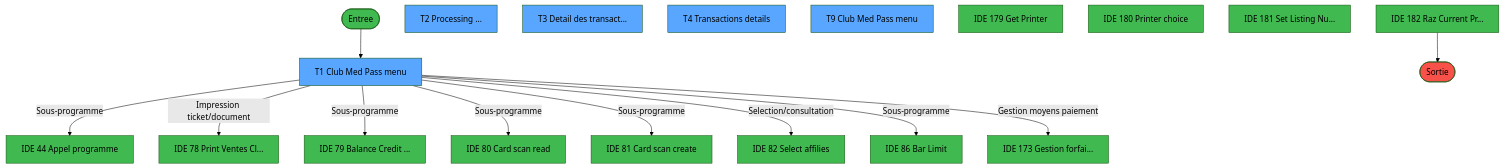
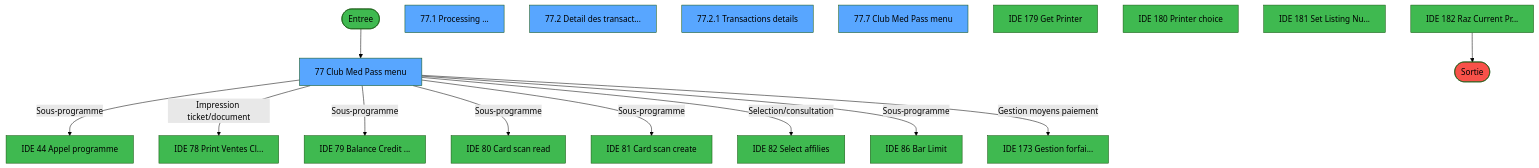
Before and after one commit to thonyAGP/lecteur-magic: the first of 4 diagrams in .openspec/specs/ADH-IDE-77.md, drawn with Mermaid (forest theme). The commit also changed other lines of this file and 493 other files, not shown here.

````diff
--- a/.openspec/specs/ADH-IDE-77.md
+++ b/.openspec/specs/ADH-IDE-77.md
@@ -1470,51 +1669,51 @@
 ```mermaid
 flowchart TD
     START([Entree])
     style START fill:#3fb950
-    VF1[T1 Club Med Pass menu]
+    VF1[77 Club Med Pass menu]
     style VF1 fill:#58a6ff
-    VF2[T2 Processing ...]
+    VF2[77.1 Processing ...]
     style VF2 fill:#58a6ff
-    VF3[T3 Detail des transact...]
+    VF3[77.2 Detail des transact...]
     style VF3 fill:#58a6ff
-    VF4[T4 Transactions details]
+    VF4[77.2.1 Transactions details]
     style VF4 fill:#58a6ff
-    VF9[T9 Club Med Pass menu]
+    VF9[77.7 Club Med Pass menu]
     style VF9 fill:#58a6ff
     EXT44[IDE 44 Appel programme]
     style EXT44 fill:#3fb950
     EXT78[IDE 78 Print Ventes Cl...]
     style EXT78 fill:#3fb950
     EXT79[IDE 79 Balance Credit ...]
     style EXT79 fill:#3fb950
     EXT80[IDE 80 Card scan read]
     style EXT80 fill:#3fb950
     EXT81[IDE 81 Card scan create]
     style EXT81 fill:#3fb950
     EXT82[IDE 82 Select affilies]
     style EXT82 fill:#3fb950
     EXT86[IDE 86 Bar Limit]
     style EXT86 fill:#3fb950
     EXT173[IDE 173 Gestion forfai...]
     style EXT173 fill:#3fb950
     EXT179[IDE 179 Get Printer]
     style EXT179 fill:#3fb950
     EXT180[IDE 180 Printer choice]
     style EXT180 fill:#3fb950
     EXT181[IDE 181 Set Listing Nu...]
     style EXT181 fill:#3fb950
     EXT182[IDE 182 Raz Current Pr...]
     style EXT182 fill:#3fb950
     FIN([Sortie])
     style FIN fill:#f85149
     START --> VF1
     VF1 -->|Sous-programme| EXT44
     VF1 -->|Impression ticket/document| EXT78
     VF1 -->|Sous-programme| EXT79
     VF1 -->|Sous-programme| EXT80
     VF1 -->|Sous-programme| EXT81
     VF1 -->|Selection/consultation| EXT82
     VF1 -->|Sous-programme| EXT86
     VF1 -->|Gestion moyens paiement| EXT173
     EXT182 --> FIN
 ```
````
